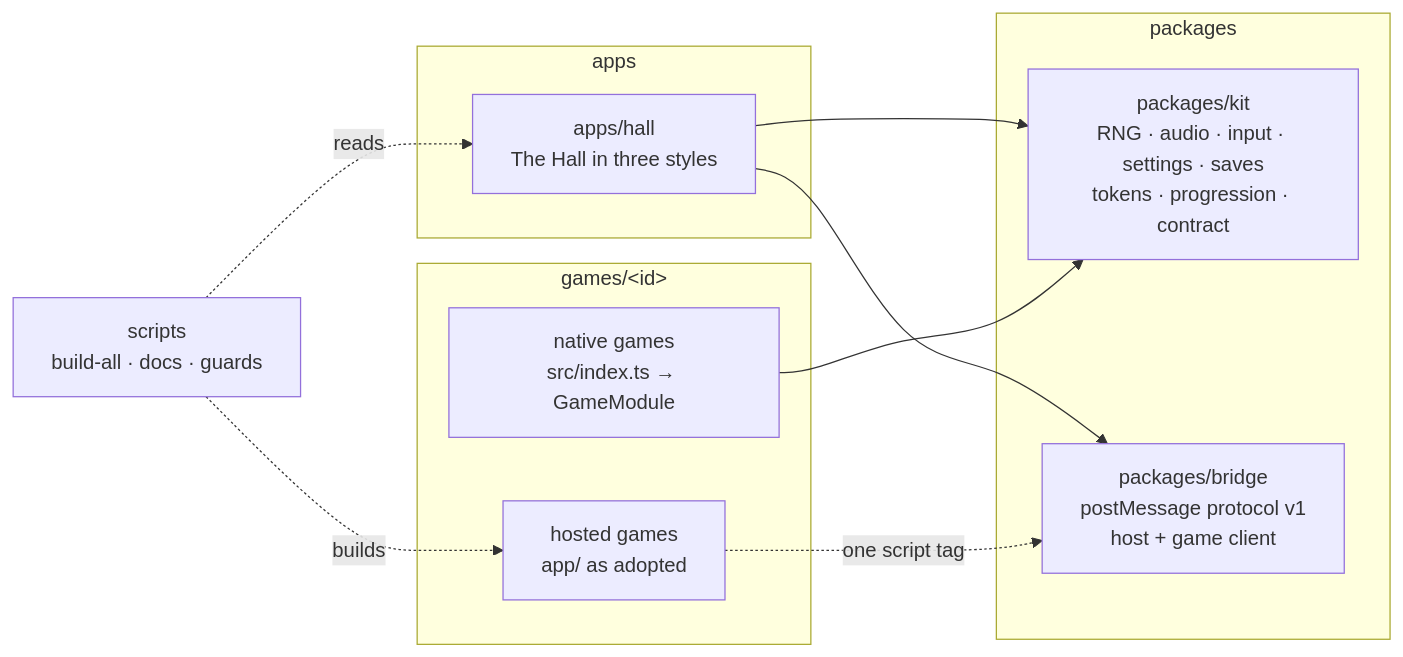
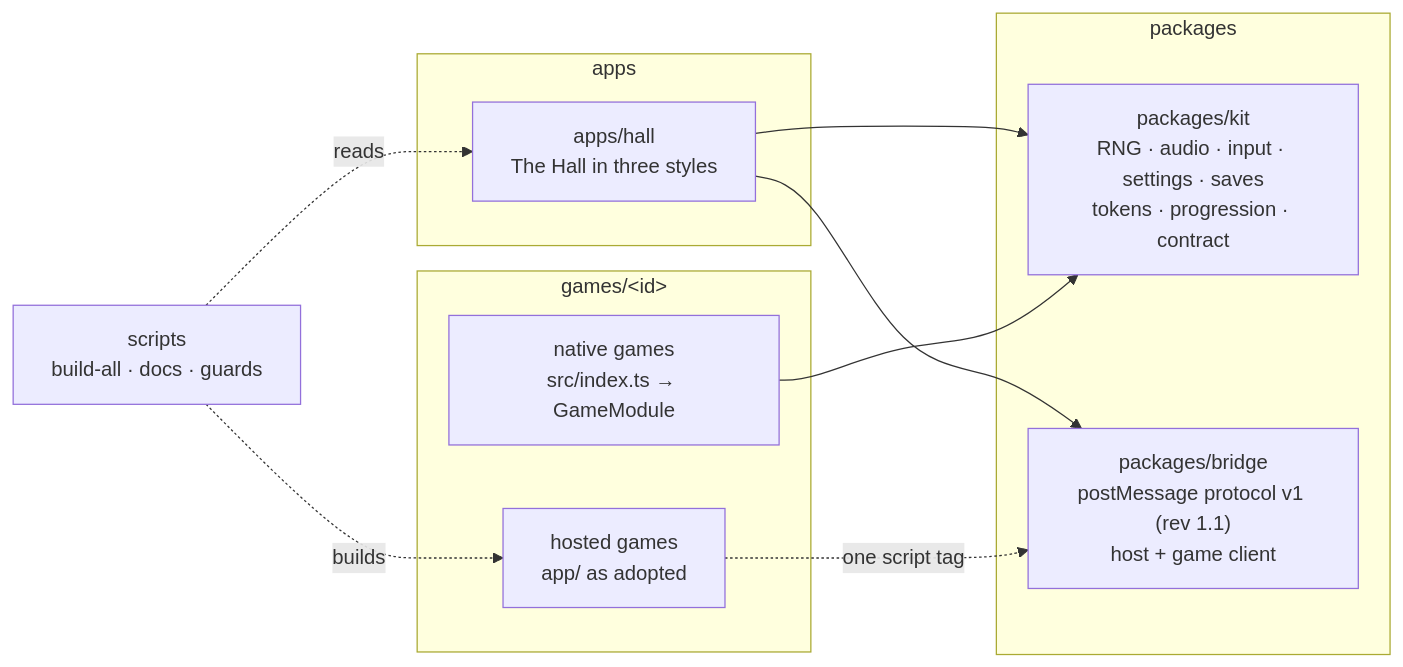
The first of 10 diagrams in docs/ARCHITECTURE.md (agunawijaya/usr-games-reborn), drawn with Mermaid before and after one commit. The commit also changed other lines of this file and 171 other files, not shown here.

````diff
--- a/docs/ARCHITECTURE.md
+++ b/docs/ARCHITECTURE.md
@@ -10,22 +10,22 @@
 ```mermaid
 flowchart LR
   subgraph apps
     hall["apps/hall<br/>The Hall in three styles"]
   end
   subgraph packages
     kit["packages/kit<br/>RNG · audio · input · settings · saves<br/>tokens · progression · contract"]
-    bridge["packages/bridge<br/>postMessage protocol v1<br/>host + game client"]
+    bridge["packages/bridge<br/>postMessage protocol v1 (rev 1.1)<br/>host + game client"]
   end
   subgraph games["games/&lt;id&gt;"]
     native["native games<br/>src/index.ts → GameModule"]
     hosted["hosted games<br/>app/ as adopted"]
   end
   scripts["scripts<br/>build-all · docs · guards"]
 
   hall --> kit
   hall --> bridge
   native --> kit
   hosted -. "one script tag" .-> bridge
   scripts -. reads .-> hall
   scripts -. builds .-> hosted
 ```
````
